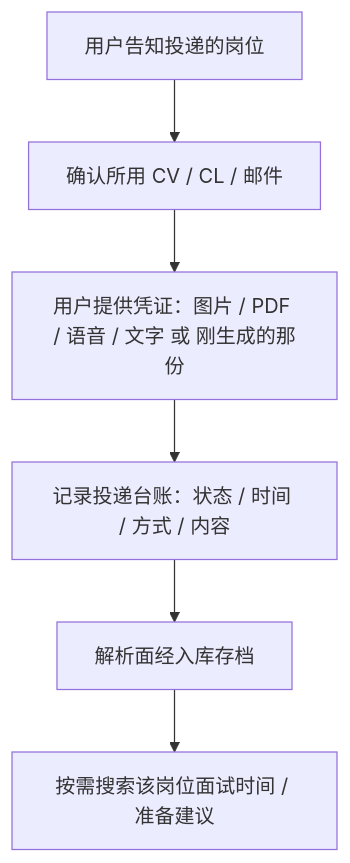
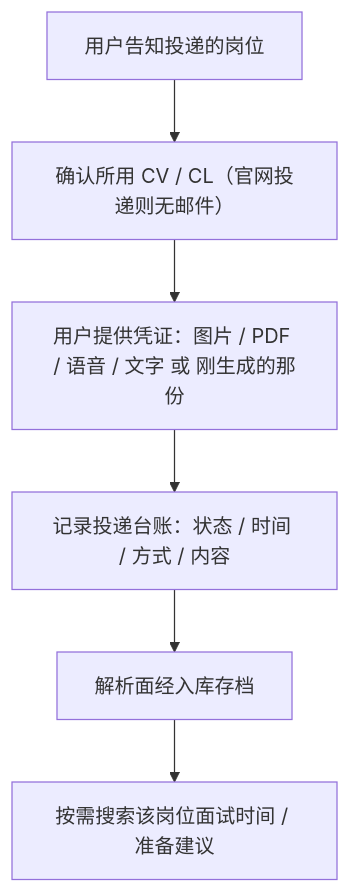
The third of 15 diagrams in docs/prd/job-seeking.md (Gavin-OP/alfred-api), drawn with Mermaid before and after one commit. The commit also changed other lines of this file and 2 other files, not shown here.

````diff
--- a/docs/prd/job-seeking.md
+++ b/docs/prd/job-seeking.md
@@ -91,8 +91,8 @@
 ```mermaid
 flowchart TD
-  A[用户告知投递的岗位] --> B[确认所用 CV / CL / 邮件]
+  A[用户告知投递的岗位] --> B[确认所用 CV / CL（官网投递则无邮件）]
   B --> C["用户提供凭证：图片 / PDF / 语音 / 文字 或 刚生成的那份"]
   C --> D[记录投递台账：状态 / 时间 / 方式 / 内容]
   D --> E[解析面经入库存档]
   E --> F[按需搜索该岗位面试时间 / 准备建议]
 ```
````
